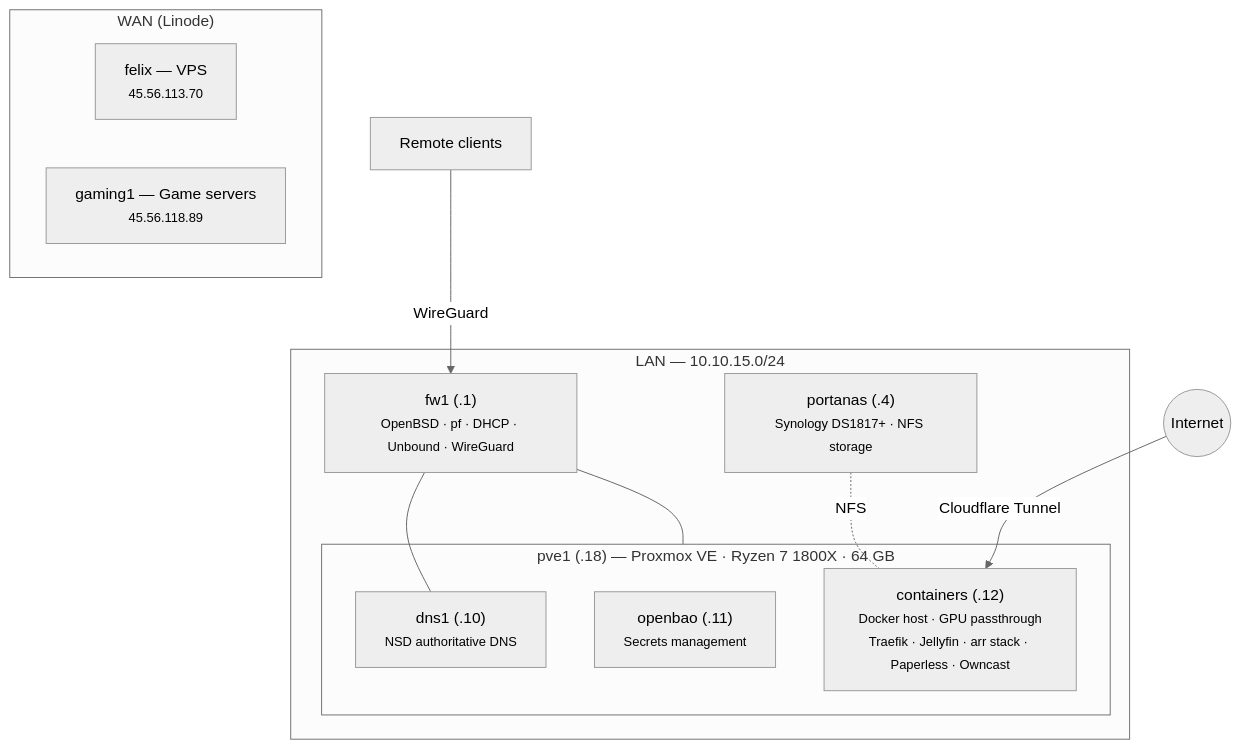
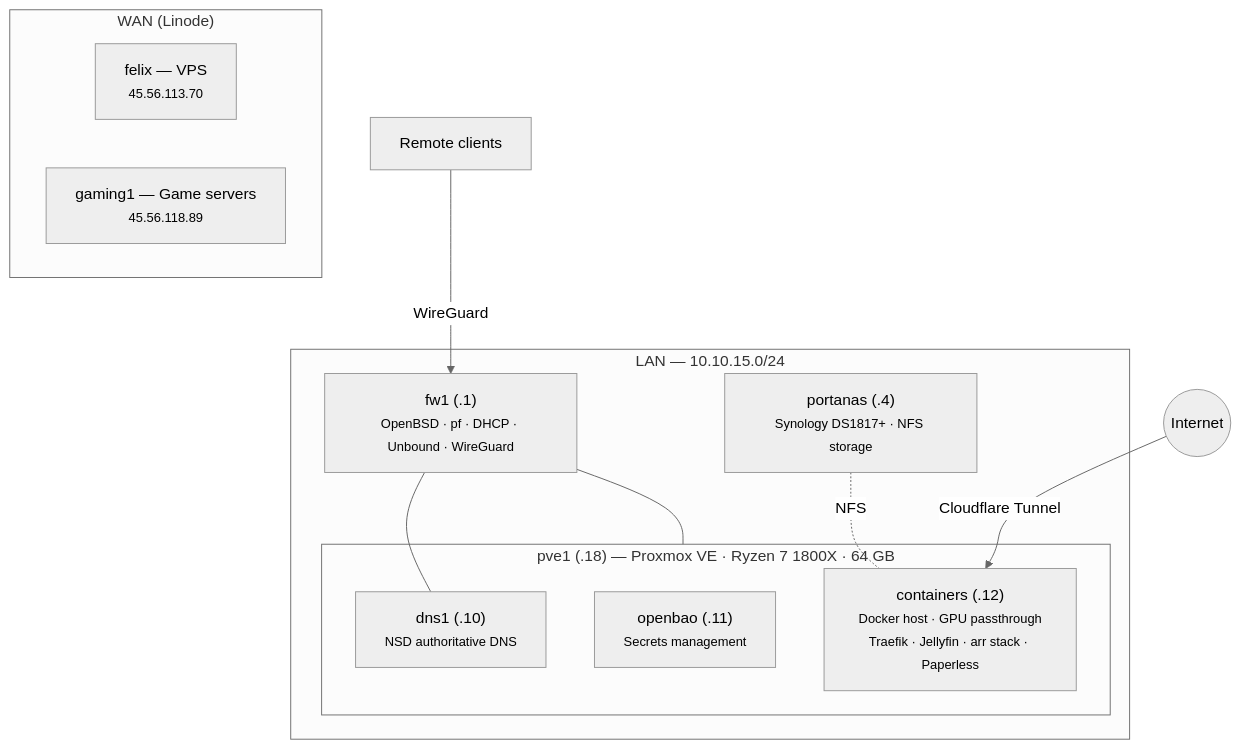
One commit to cwage/homelab changed the diagram in docs/hardware.md. Above: the diagram before and after it, drawn with Mermaid (neutral theme). The commit also changed other lines of this file and 17 other files, not shown here.

````diff
--- a/docs/hardware.md
+++ b/docs/hardware.md
@@ -7,28 +7,28 @@
 ```mermaid
 graph TD
     internet(("Internet"))
 
     subgraph WAN["WAN (Linode)"]
         felix["felix — VPS<br/><small>45.56.113.70</small>"]
         gaming1["gaming1 — Game servers<br/><small>45.56.118.89</small>"]
     end
 
     subgraph LAN["LAN — 10.10.15.0/24"]
         fw1["fw1 (.1)<br/><small>OpenBSD · pf · DHCP · Unbound · WireGuard</small>"]
         portanas["portanas (.4)<br/><small>Synology DS1817+ · NFS storage</small>"]
 
         subgraph pve1["pve1 (.18) — Proxmox VE · Ryzen 7 1800X · 64 GB"]
             dns1["dns1 (.10)<br/><small>NSD authoritative DNS</small>"]
             openbao["openbao (.11)<br/><small>Secrets management</small>"]
-            containers["containers (.12)<br/><small>Docker host · GPU passthrough</small><br/><small>Traefik · Jellyfin · arr stack · Paperless · Owncast</small>"]
+            containers["containers (.12)<br/><small>Docker host · GPU passthrough</small><br/><small>Traefik · Jellyfin · arr stack · Paperless</small>"]
         end
     end
 
     vpn_clients["Remote clients"]
 
     internet -->|Cloudflare Tunnel| containers
     vpn_clients -->|WireGuard| fw1
     fw1 --- pve1
     portanas -.-|NFS| containers
     fw1 --- dns1
 ```
````
